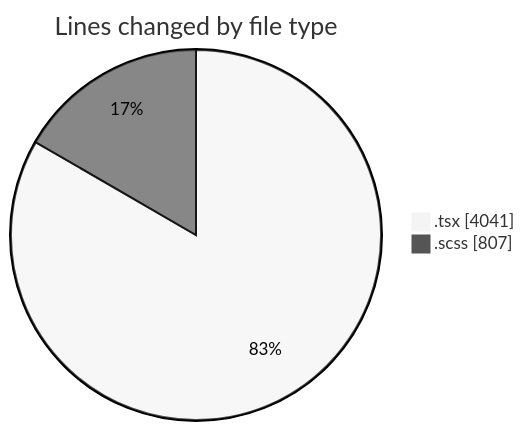
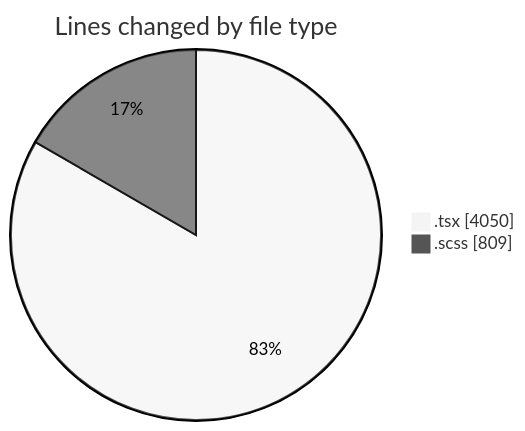
One commit to momahboobian/code-tracking changed the first of 2 diagrams in 2026-10-20/cda/README.md. Above: the diagram before and after it, drawn with Mermaid (neutral theme). The commit also changed other lines of this file and 1 other file, not shown here.

````diff
--- a/2026-10-20/cda/README.md
+++ b/2026-10-20/cda/README.md
@@ -35,6 +35,6 @@
 ```mermaid
 pie showData
 title Lines changed by file type
-".tsx" : 4041
-".scss" : 807
+".tsx" : 4050
+".scss" : 809
 ```
````
